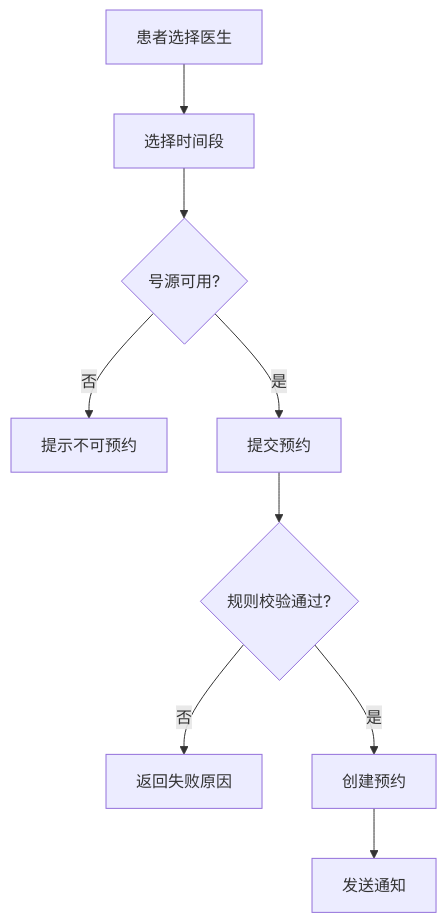
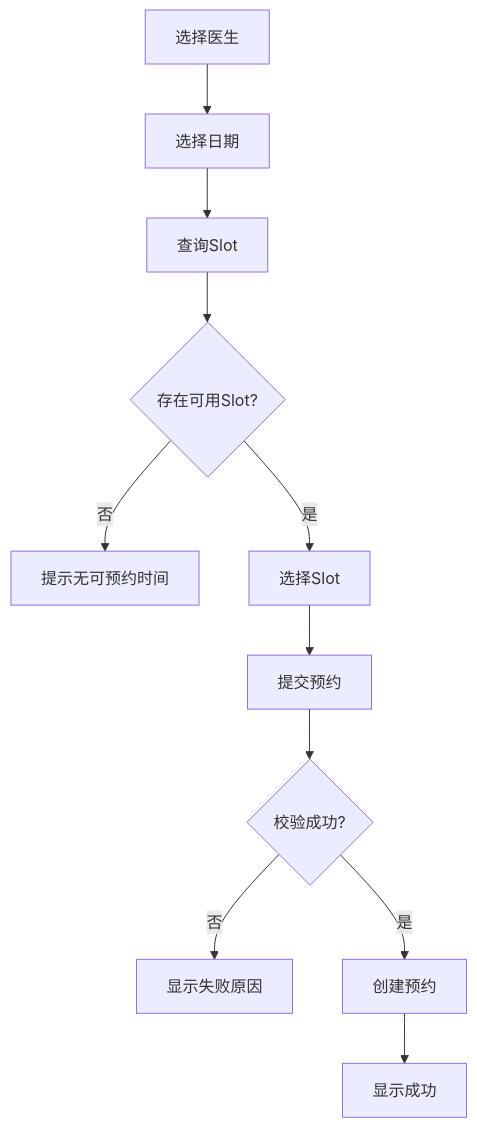
The first of 5 diagrams in docs/04-需求建模.md (lijianding/spec-learning), drawn with Mermaid before and after one commit. The commit also changed other lines of this file, not shown here.

````diff
--- a/docs/04-需求建模.md
+++ b/docs/04-需求建模.md
@@ -34,11 +42,13 @@
 ```mermaid
 flowchart TD
-A[患者选择医生] --> B[选择时间段]
-B --> C{号源可用?}
-C -- 否 --> D[提示不可预约]
-C -- 是 --> E[提交预约]
-E --> F{规则校验通过?}
-F -- 否 --> G[返回失败原因]
-F -- 是 --> H[创建预约]
-H --> I[发送通知]
+A[选择医生] --> B[选择日期]
+B --> C[查询Slot]
+C --> D{存在可用Slot?}
+D -- 否 --> E[提示无可预约时间]
+D -- 是 --> F[选择Slot]
+F --> G[提交预约]
+G --> H{校验成功?}
+H -- 否 --> I[显示失败原因]
+H -- 是 --> J[创建预约]
+J --> K[显示成功]
 ```
````
